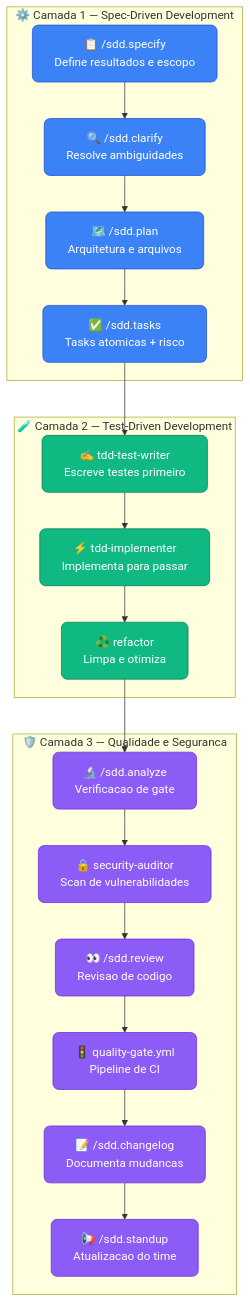
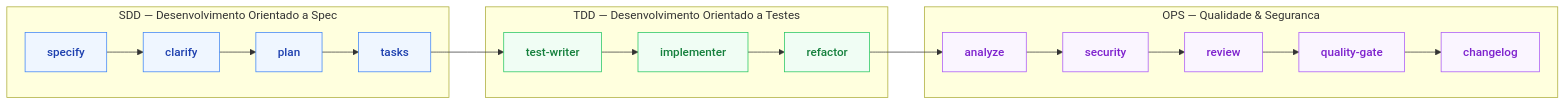
Before and after one commit to jonatascatarina/ai-first-pipeline: the diagram in README.pt-BR.md, drawn with Mermaid. The commit also changed 1 other file, not shown here.

Commit message:
docs: clean pipeline diagram without icons

````diff
--- a/README.pt-BR.md
+++ b/README.pt-BR.md
@@ -122,39 +122,25 @@
 ```mermaid
-flowchart TD
-    classDef sdd fill:#3B82F6,stroke:#1D4ED8,color:#fff,rx:8
-    classDef tdd fill:#10B981,stroke:#047857,color:#fff,rx:8
-    classDef ops fill:#8B5CF6,stroke:#6D28D9,color:#fff,rx:8
-    classDef layer fill:none,stroke-dasharray:5 5,rx:12
+flowchart LR
+    classDef sdd fill:#EFF6FF,stroke:#3B82F6,color:#1E40AF,font-weight:500
+    classDef tdd fill:#F0FDF4,stroke:#22C55E,color:#15803D,font-weight:500
+    classDef ops fill:#FAF5FF,stroke:#A855F7,color:#7E22CE,font-weight:500
 
-    subgraph L1 ["⚙️  Camada 1 — Spec-Driven Development"]
-        A["📋 /sdd.specify\nDefine resultados e escopo"]
-        B["🔍 /sdd.clarify\nResolve ambiguidades"]
-        C["🗺️ /sdd.plan\nArquitetura e arquivos"]
-        D["✅ /sdd.tasks\nTasks atomicas + risco"]
-        A --> B --> C --> D
+    subgraph L1 ["SDD — Desenvolvimento Orientado a Spec"]
+        A[specify] --> B[clarify] --> C[plan] --> D[tasks]
     end
 
-    subgraph L2 ["🧪  Camada 2 — Test-Driven Development"]
-        E["✍️ tdd-test-writer\nEscreve testes primeiro"]
-        F["⚡ tdd-implementer\nImplementa para passar"]
-        G["♻️ refactor\nLimpa e otimiza"]
-        E --> F --> G
+    subgraph L2 ["TDD — Desenvolvimento Orientado a Testes"]
+        E[test-writer] --> F[implementer] --> G[refactor]
     end
 
-    subgraph L3 ["🛡️  Camada 3 — Qualidade e Seguranca"]
-        H["🔬 /sdd.analyze\nVerificacao de gate"]
-        I["🔒 security-auditor\nScan de vulnerabilidades"]
-        J["👀 /sdd.review\nRevisao de codigo"]
-        K["🚦 quality-gate.yml\nPipeline de CI"]
-        L["📝 /sdd.changelog\nDocumenta mudancas"]
-        M["📢 /sdd.standup\nAtualizacao do time"]
-        H --> I --> J --> K --> L --> M
+    subgraph L3 ["OPS — Qualidade & Seguranca"]
+        H[analyze] --> I[security] --> J[review] --> K[quality-gate] --> L[changelog]
     end
 
-    D["✅ /sdd.tasks\nTasks atomicas + risco"] --> E
+    D --> E
     G --> H
 
     class A,B,C,D sdd
     class E,F,G tdd
-    class H,I,J,K,L,M ops
+    class H,I,J,K,L ops
 ```
````
